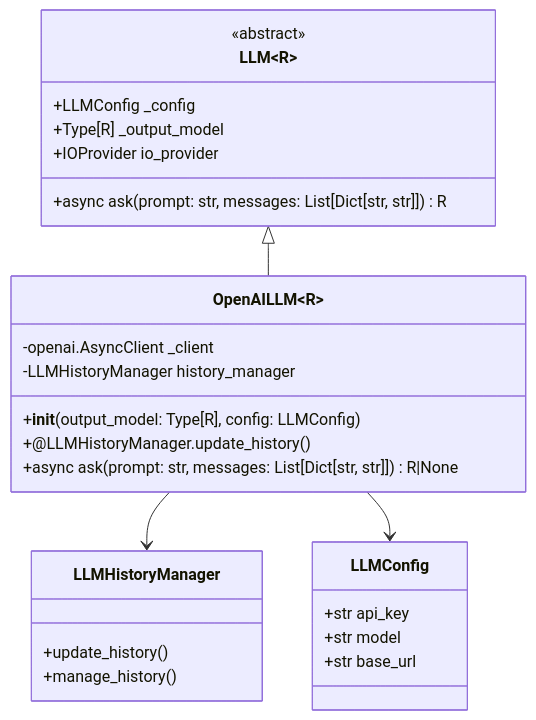
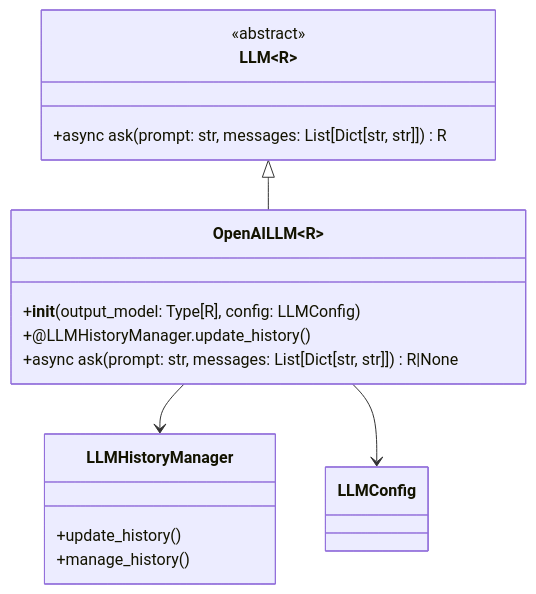
One commit to gizdusum/OM1 changed the first of 2 diagrams in docs/llm/openai-integration.mdx. Above: the diagram before and after it, drawn with Mermaid. The commit also changed other lines of this file and 8 other files, not shown here.

Commit message:
remove types and attributes but keep methods for class diagram

````diff
--- a/docs/llm/openai-integration.mdx
+++ b/docs/llm/openai-integration.mdx
@@ -16,33 +18,25 @@
 ```mermaid
 classDiagram
     class LLM~R~ {
         <<abstract>>
-        +LLMConfig _config
-        +Type[R] _output_model
-        +IOProvider io_provider
         +async ask(prompt: str, messages: List[Dict[str, str]]) R
     }
 
     class OpenAILLM~R~ {
-        -openai.AsyncClient _client
-        -LLMHistoryManager history_manager
         +__init__(output_model: Type[R], config: LLMConfig)
         +@LLMHistoryManager.update_history()
         +async ask(prompt: str, messages: List[Dict[str, str]]) R|None
     }
 
     class LLMHistoryManager {
         +update_history()
         +manage_history()
     }
 
     class LLMConfig {
-        +str api_key
-        +str model
-        +str base_url
     }
 
     LLM <|-- OpenAILLM
     OpenAILLM --> LLMHistoryManager
     OpenAILLM --> LLMConfig
 ```
````
